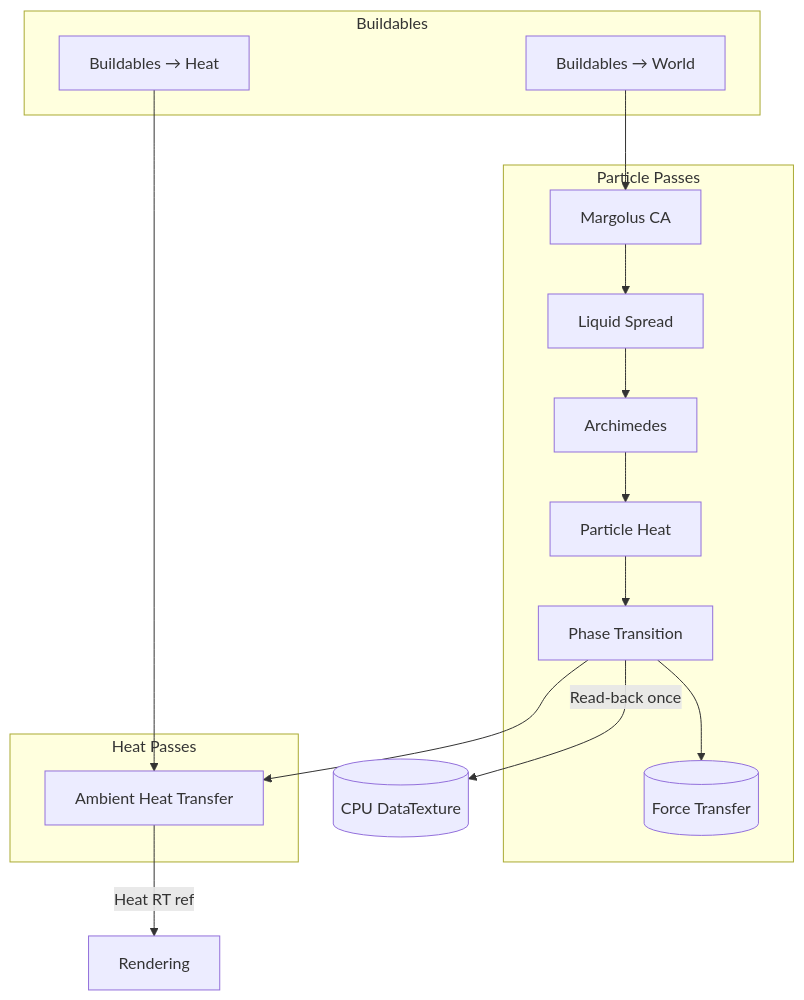
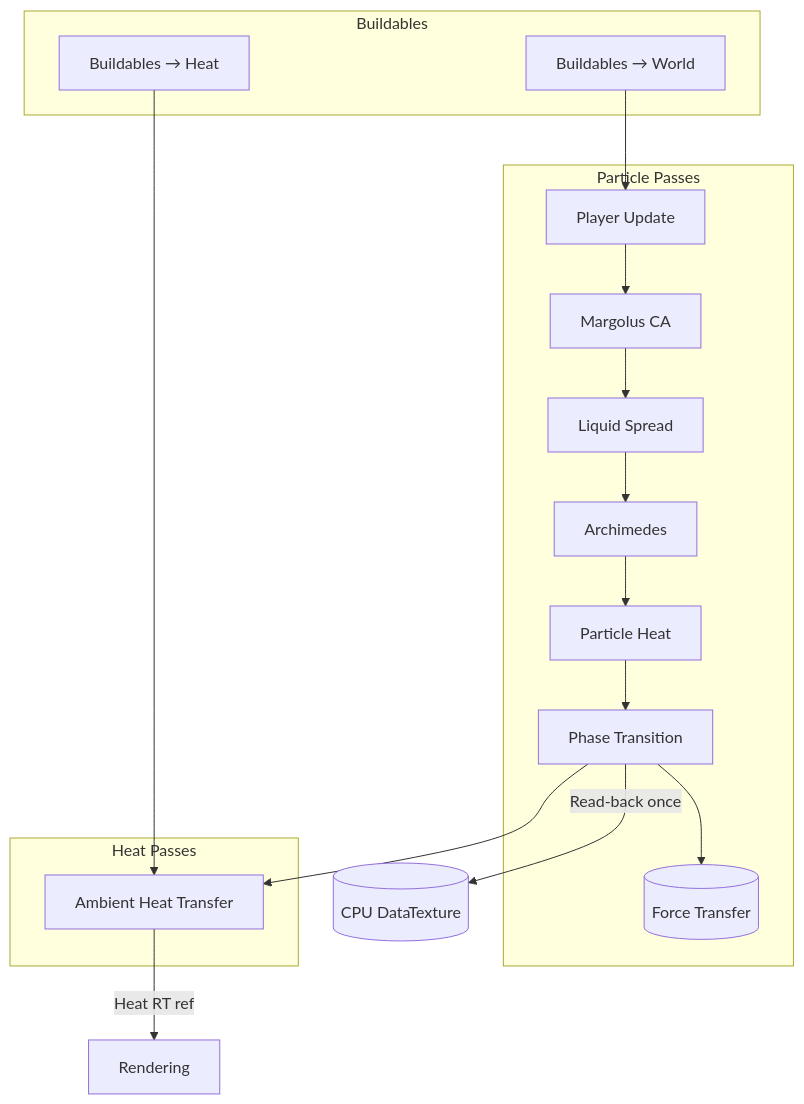
Before and after one commit to gurbano/sandymarton: the first of 2 diagrams in docs/architecture.md, drawn with Mermaid. The commit also changed other lines of this file and 22 other files, not shown here.

````diff
--- a/docs/architecture.md
+++ b/docs/architecture.md
@@ -55,24 +62,25 @@
 ```mermaid
 flowchart TD
     subgraph Buildables
       BW[Buildables → World]
       BH[Buildables → Heat]
     end
     subgraph Particle Passes
+      Player[Player Update]
       M[Margolus CA]
       L[Liquid Spread]
       A[Archimedes]
       PHeat[Particle Heat]
       PT[Phase Transition]
       FT[(Force Transfer)]
     end
     subgraph Heat Passes
       Ambient[Ambient Heat Transfer]
     end
-    BW --> M
+  BW --> Player --> M
     M --> L --> A --> PHeat --> PT --> FT
     BH --> Ambient
     PT --> Ambient
     Ambient -->|Heat RT ref| Rendering
     PT -->|Read-back once| CPUState[(CPU DataTexture)]
 ```
````
